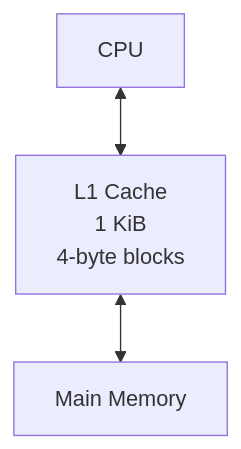
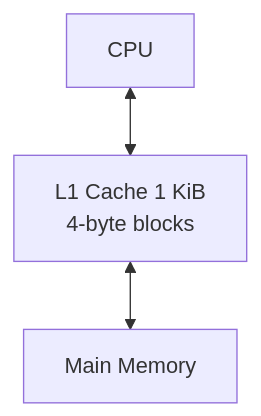
One commit to aileen-byte/Team14 changed the diagram in README.md. Above: the diagram before and after it, drawn with Mermaid.

````diff
--- a/README.md
+++ b/README.md
@@ -166,9 +166,9 @@
 ```mermaid
 graph TB
     A[CPU]
-    B[L1 Cache<br>1 KiB<br>4-byte blocks]
+    B[L1 Cache 1 KiB <br>4-byte blocks]
     C[Main Memory]
 
     A <--> B
     B <--> C
 ```
````
